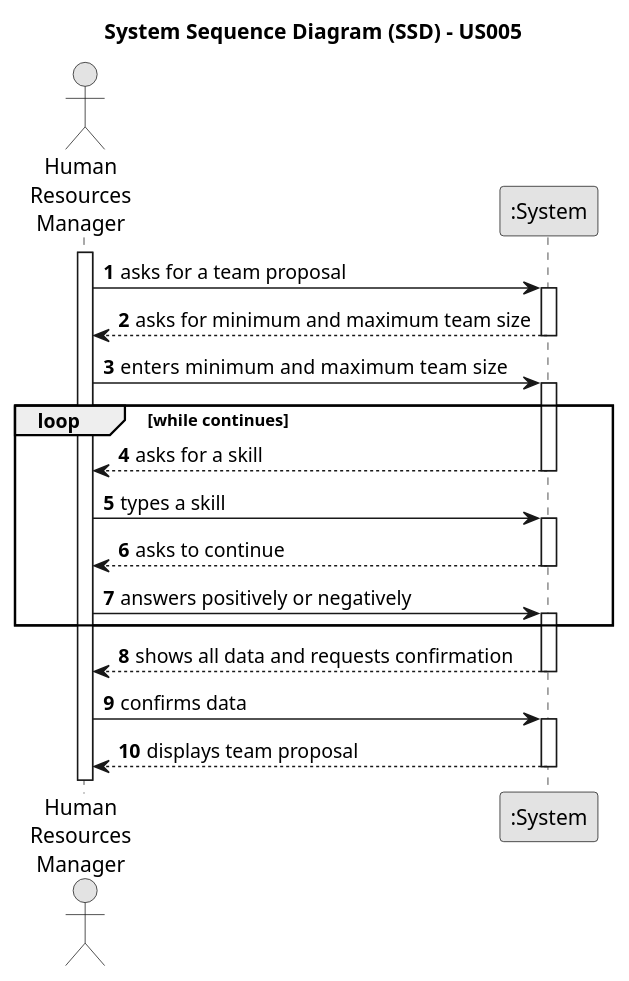
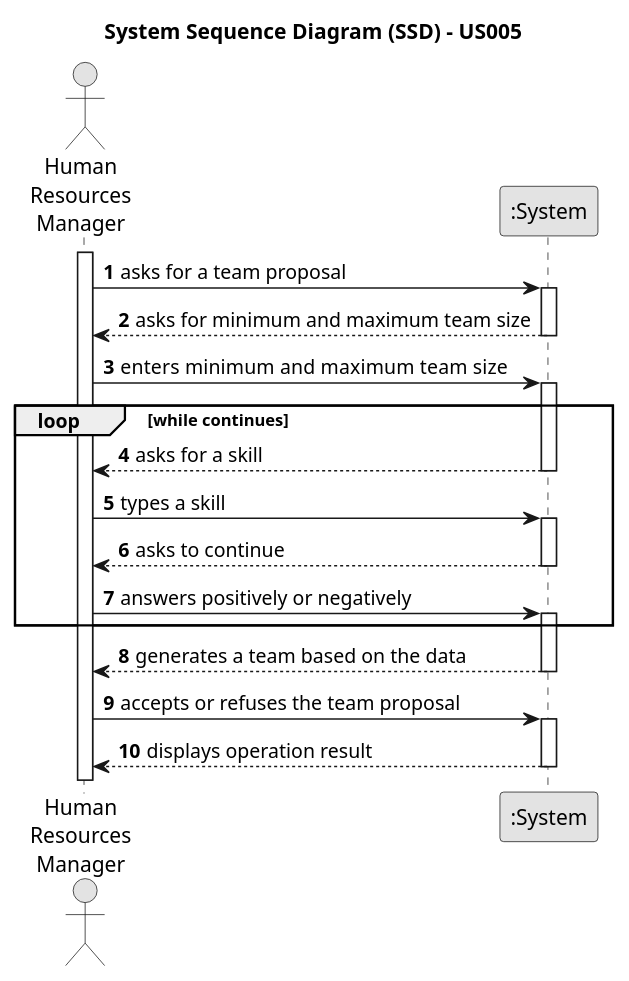
The diagram in docs/sprintB/us005/01.requirements-engineering/puml/us005-system-sequence-diagram.puml (Departamento-de-Engenharia-Informatica/lei-24-s2-1dm-g132), drawn with PlantUML before and after one commit. The commit also changed 1 other file, not shown here.

```diff
--- a/docs/sprintB/us005/01.requirements-engineering/puml/us005-system-sequence-diagram.puml
+++ b/docs/sprintB/us005/01.requirements-engineering/puml/us005-system-sequence-diagram.puml
@@ -1,48 +1,48 @@
 @startuml
 skinparam monochrome true
 skinparam packageStyle rectangle
 skinparam shadowing false
 
 title System Sequence Diagram (SSD) - US005
 
 autonumber
 
 actor "Human\nResources\nManager" as HRM
 participant ":System" as System
 
 activate HRM
 
     HRM -> System : asks for a team proposal
     activate System
 
         System --> HRM : asks for minimum and maximum team size
     deactivate System
 
     HRM -> System : enters  minimum and maximum team size
     activate System
 
     loop while continues
         System --> HRM : asks for a skill
     deactivate System
 
     HRM -> System : types a skill
     activate System
 
         System --> HRM : asks to continue
 
     deactivate System
 
     HRM -> System : answers positively or negatively
     activate System
     end
 
-        System --> HRM : shows all data and requests confirmation
+        System --> HRM : generates a team based on the data
     deactivate System
 
-    HRM -> System : confirms data
+    HRM -> System : accepts or refuses the team proposal
     activate System
 
-        System --> HRM : displays team proposal
+        System --> HRM : displays operation result
     deactivate System
 
 @enduml
```
